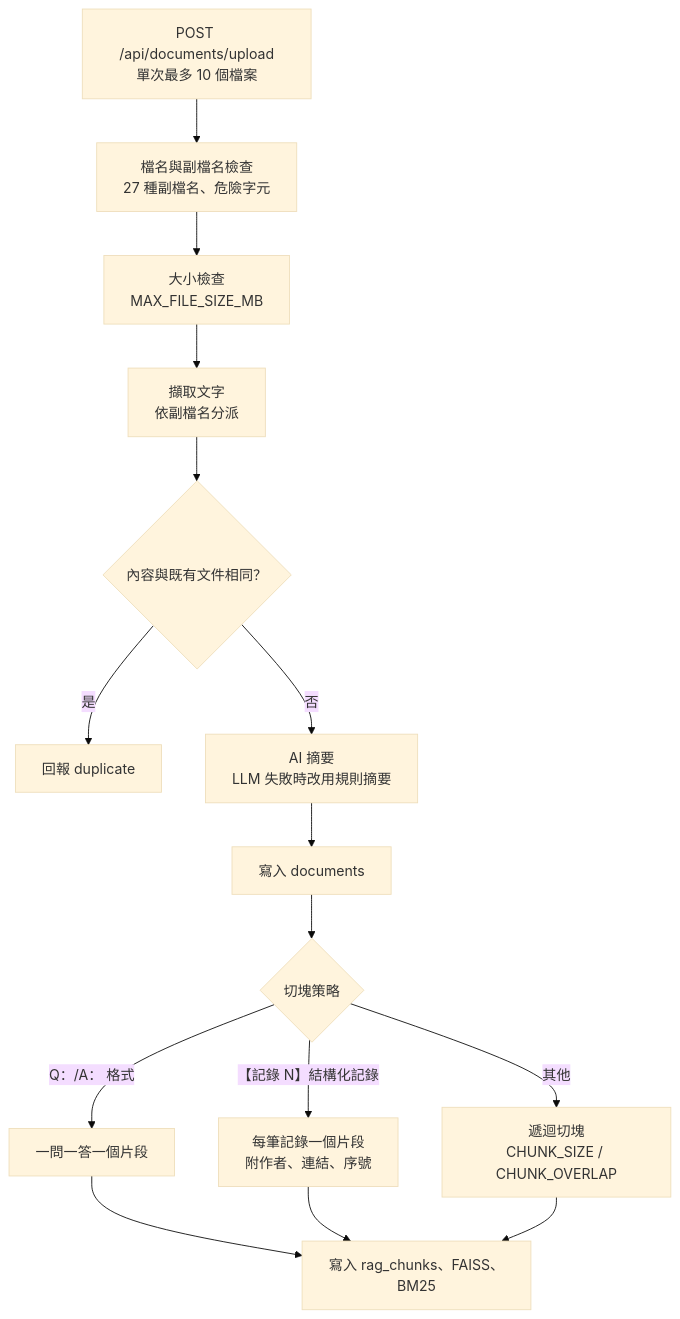
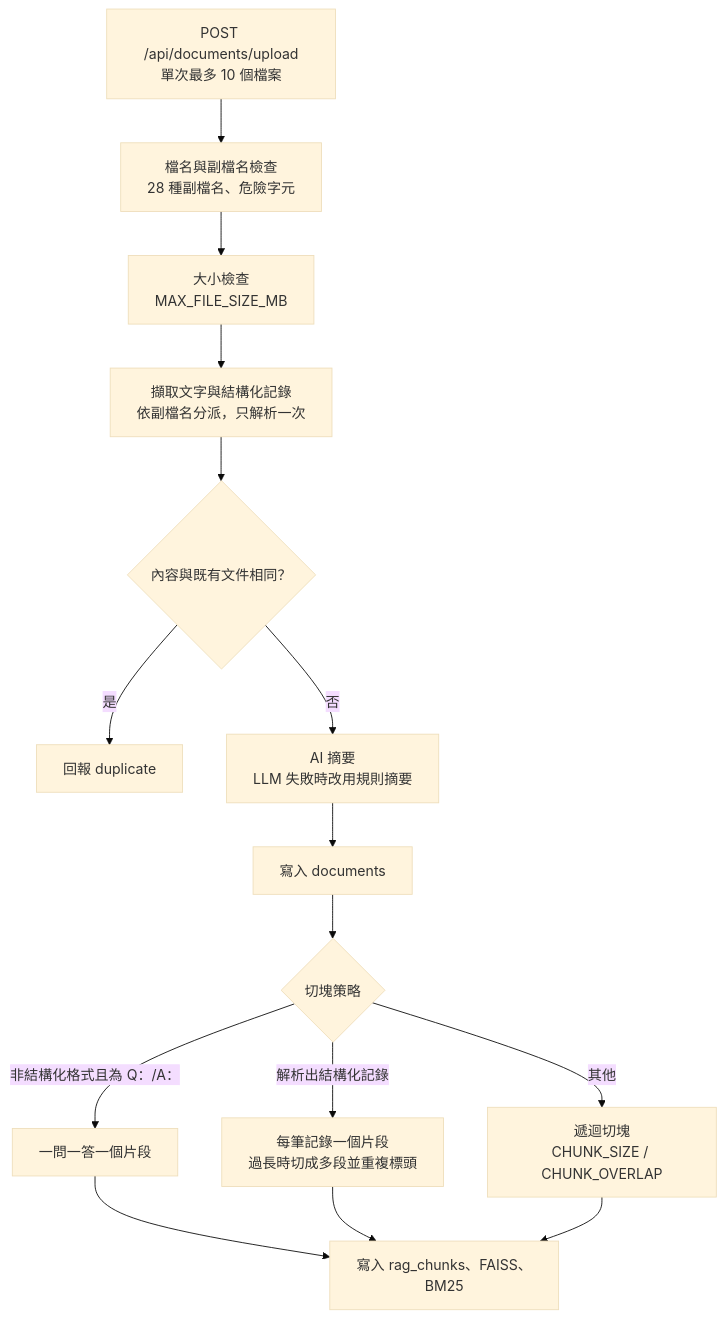
The fourth of 9 diagrams in docs/architecture.md (Scorpio-meow/AskMiao), drawn with Mermaid (base theme) before and after one commit. The commit also changed other lines of this file and 33 other files, not shown here.

````diff
--- a/docs/architecture.md
+++ b/docs/architecture.md
@@ -235,15 +235,15 @@
 ```mermaid
 flowchart TB
-    Up["POST /api/documents/upload<br/>單次最多 10 個檔案"] --> Name["檔名與副檔名檢查<br/>27 種副檔名、危險字元"]
+    Up["POST /api/documents/upload<br/>單次最多 10 個檔案"] --> Name["檔名與副檔名檢查<br/>28 種副檔名、危險字元"]
     Name --> Size["大小檢查<br/>MAX_FILE_SIZE_MB"]
-    Size --> Ext["擷取文字<br/>依副檔名分派"]
+    Size --> Ext["擷取文字與結構化記錄<br/>依副檔名分派，只解析一次"]
     Ext --> Dup{"內容與既有文件相同？"}
     Dup -->|是| Skip["回報 duplicate"]
     Dup -->|否| Sum["AI 摘要<br/>LLM 失敗時改用規則摘要"]
     Sum --> Save["寫入 documents"]
     Save --> Split{"切塊策略"}
-    Split -->|Q：/A： 格式| QA["一問一答一個片段"]
-    Split -->|【記錄 N】結構化記錄| Rec["每筆記錄一個片段<br/>附作者、連結、序號"]
+    Split -->|解析出結構化記錄| Rec["每筆記錄一個片段<br/>過長時切成多段並重複標頭"]
+    Split -->|非結構化格式且為 Q：/A：| QA["一問一答一個片段"]
     Split -->|其他| Rcs["遞迴切塊<br/>CHUNK_SIZE / CHUNK_OVERLAP"]
     QA & Rec & Rcs --> Index["寫入 rag_chunks、FAISS、BM25"]
 ```
````
